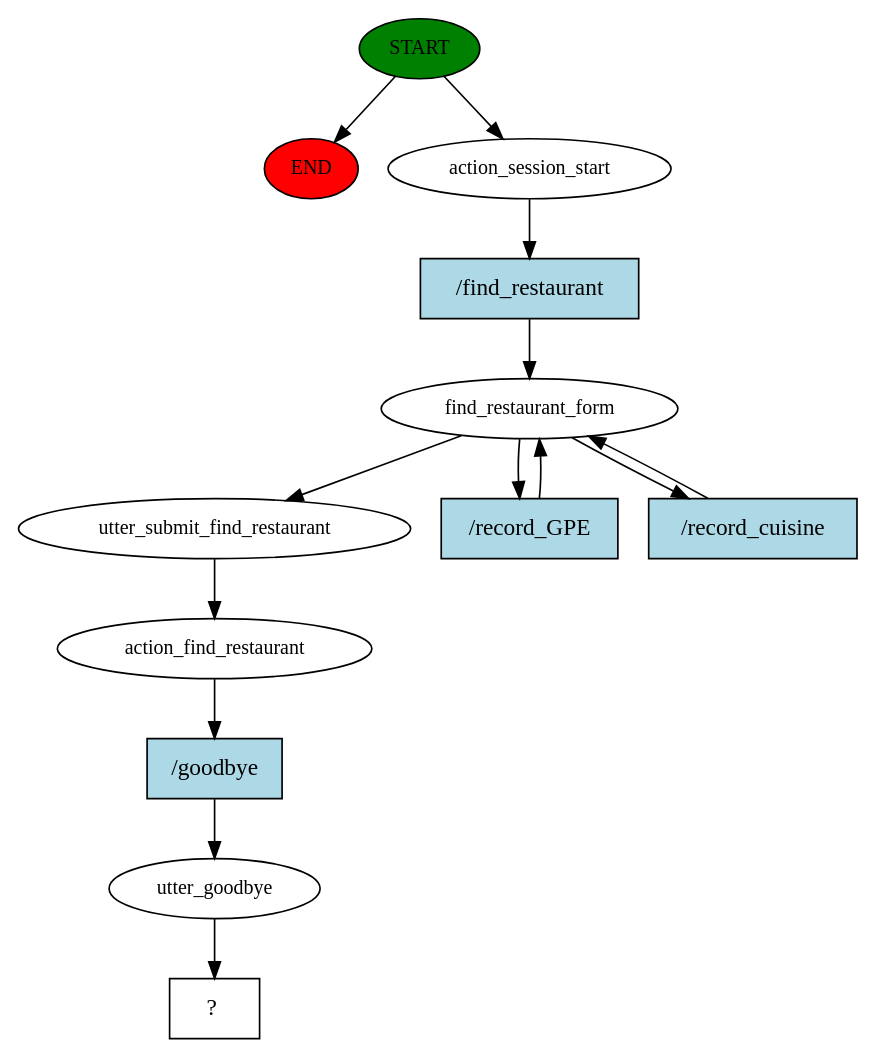
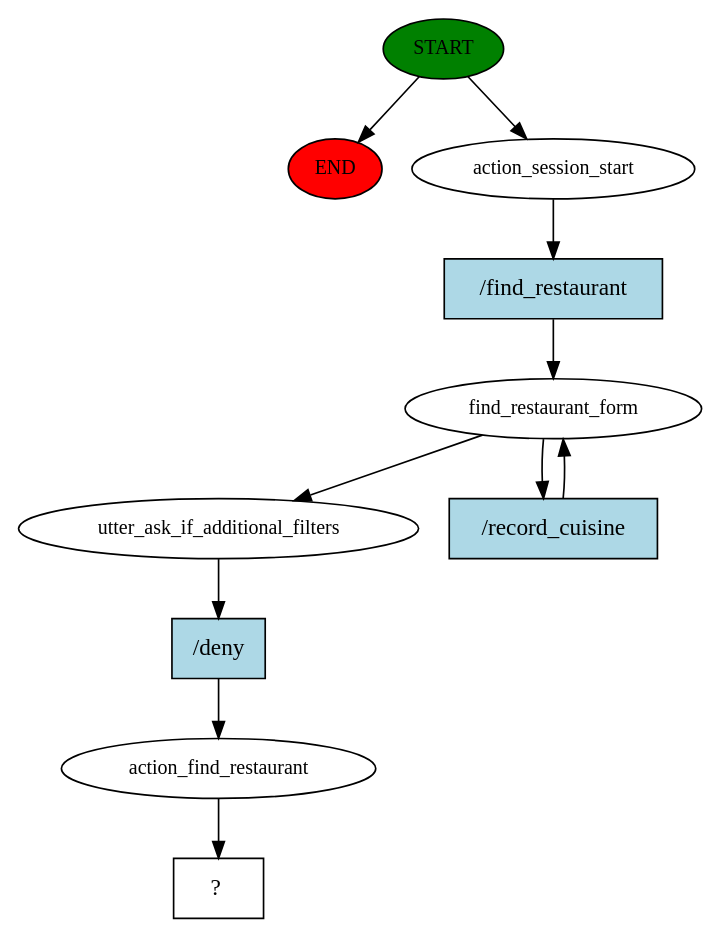
One commit to AsiaSzych/IU_Voice_Assistants changed the diagram in rasa_chatbot/story_graph.dot. Above: the diagram before and after it, drawn with Graphviz. The commit also changed 19 other files, not shown here.

Commit message:
change database to postgresql + action for mapping many filters

```diff
--- a/rasa_chatbot/story_graph.dot
+++ b/rasa_chatbot/story_graph.dot
@@ -1,27 +1,22 @@
 digraph  {
 0 [class="start active", fillcolor=green, fontsize=12, label=START, style=filled];
 "-1" [class=end, fillcolor=red, fontsize=12, label=END, style=filled];
 1 [class=active, fontsize=12, label=action_session_start];
 2 [class=active, fontsize=12, label=find_restaurant_form];
-5 [class=active, fontsize=12, label=utter_submit_find_restaurant];
-6 [class=active, fontsize=12, label=action_find_restaurant];
-7 [class=active, fontsize=12, label=utter_goodbye];
-8 [class="intent dashed active", label="  ?  ", shape=rect];
-9 [class="intent active", fillcolor=lightblue, label="/find_restaurant", shape=rect, style=filled];
-10 [class="intent active", fillcolor=lightblue, label="/record_GPE", shape=rect, style=filled];
-11 [class="intent active", fillcolor=lightblue, label="/record_cuisine", shape=rect, style=filled];
-12 [class="intent active", fillcolor=lightblue, label="/goodbye", shape=rect, style=filled];
+4 [class=active, fontsize=12, label=utter_ask_if_additional_filters];
+5 [class=active, fontsize=12, label=action_find_restaurant];
+6 [class="intent dashed active", label="  ?  ", shape=rect];
+7 [class="intent active", fillcolor=lightblue, label="/find_restaurant", shape=rect, style=filled];
+8 [class="intent active", fillcolor=lightblue, label="/record_cuisine", shape=rect, style=filled];
+9 [class="intent active", fillcolor=lightblue, label="/deny", shape=rect, style=filled];
 0 -> "-1"  [class="", key=NONE, label=""];
 0 -> 1  [class=active, key=NONE, label=""];
-1 -> 9  [class=active, key=0];
-2 -> 5  [class=active, key=NONE, label=""];
-2 -> 10  [class=active, key=0];
-2 -> 11  [class=active, key=0];
+1 -> 7  [class=active, key=0];
+2 -> 4  [class=active, key=NONE, label=""];
+2 -> 8  [class=active, key=0];
+4 -> 9  [class=active, key=0];
 5 -> 6  [class=active, key=NONE, label=""];
-6 -> 12  [class=active, key=0];
-7 -> 8  [class=active, key=NONE, label=""];
-9 -> 2  [class=active, key=0];
-10 -> 2  [class=active, key=0];
-11 -> 2  [class=active, key=0];
-12 -> 7  [class=active, key=0];
+7 -> 2  [class=active, key=0];
+8 -> 2  [class=active, key=0];
+9 -> 5  [class=active, key=0];
 }
```
